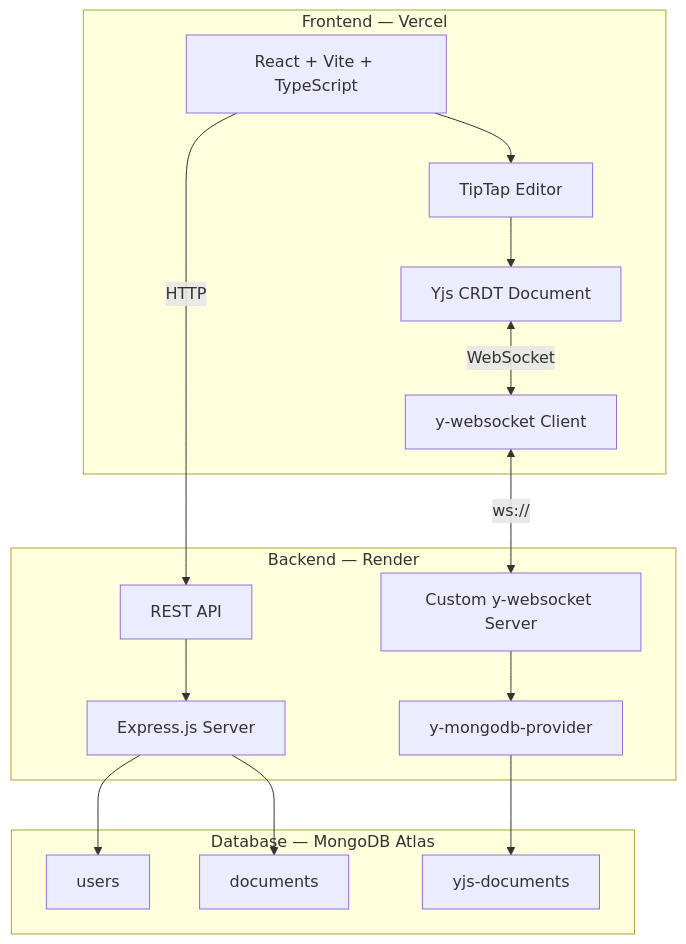
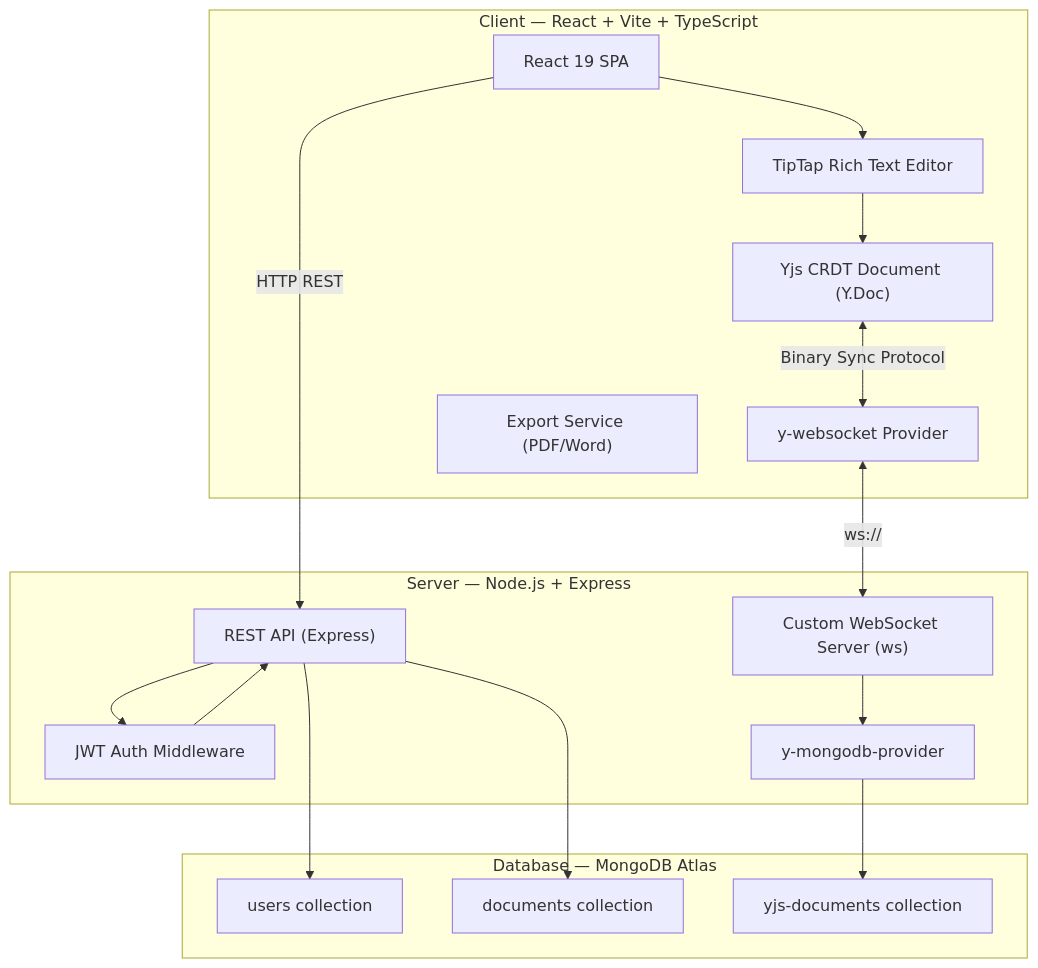
The diagram in README.md (amaanslyf/SyncPad---Collaborative-Text-Editor), drawn with Mermaid before and after one commit. The commit also changed other lines of this file, not shown here.

Commit message:
docs: comprehensive README with architecture, setup, dependencies, and AI disclosure

````diff
--- a/README.md
+++ b/README.md
@@ -28,29 +114,31 @@
 ```mermaid
 graph TB
-    subgraph "Frontend — Vercel"
-        A["React + Vite + TypeScript"]
-        B["TipTap Editor"]
-        C["Yjs CRDT Document"]
-        D["y-websocket Client"]
+    subgraph "Client — React + Vite + TypeScript"
+        A["React 19 SPA"]
+        B["TipTap Rich Text Editor"]
+        C["Yjs CRDT Document (Y.Doc)"]
+        D["y-websocket Provider"]
+        E["Export Service (PDF/Word)"]
     end
 
-    subgraph "Backend — Render"
-        E["Express.js Server"]
-        F["Custom y-websocket Server"]
-        G["REST API"]
-        H["y-mongodb-provider"]
+    subgraph "Server — Node.js + Express"
+        F["REST API (Express)"]
+        G["Custom WebSocket Server (ws)"]
+        H["JWT Auth Middleware"]
+        I["y-mongodb-provider"]
     end
 
     subgraph "Database — MongoDB Atlas"
-        I["users"]
-        J["documents"]
-        K["yjs-documents"]
+        J["users collection"]
+        K["documents collection"]
+        L["yjs-documents collection"]
     end
 
     A --> B --> C
-    C <-->|WebSocket| D <-->|ws://| F
-    A -->|HTTP| G --> E
-    E --> I
-    E --> J
-    F --> H --> K
+    C <-->|"Binary Sync Protocol"| D <-->|"ws://"| G
+    A -->|"HTTP REST"| F
+    F --> H --> F
+    F --> J
+    F --> K
+    G --> I --> L
 ```
````
